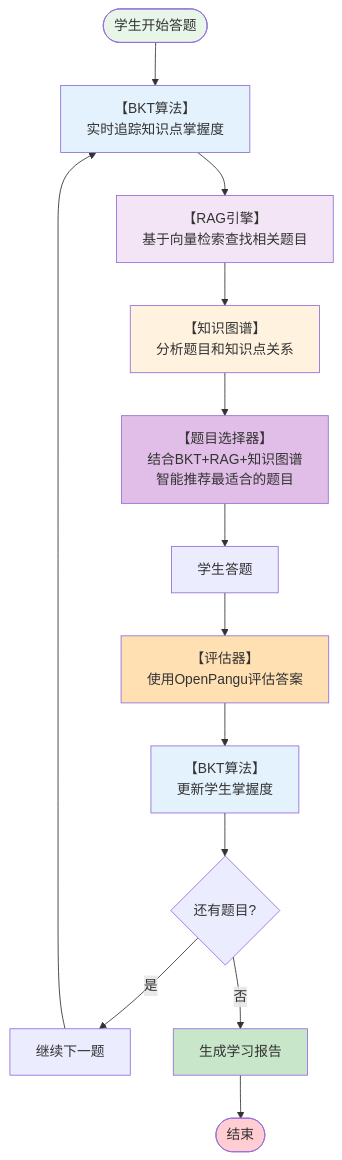
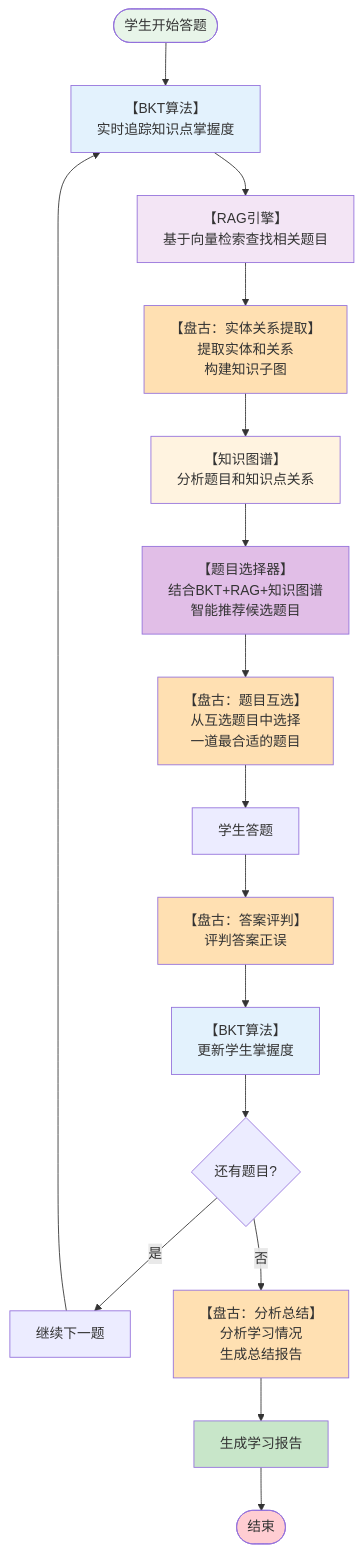
Before and after one commit to sribdcn/PersonalExam: the third of 3 diagrams in README.md, drawn with Mermaid. The commit also changed other lines of this file, not shown here.

````diff
--- a/README.md
+++ b/README.md
@@ -188,25 +215,31 @@
 ```mermaid
 flowchart TD
     Start([学生开始答题]) --> BKT1[【BKT算法】<br/>实时追踪知识点掌握度]
     BKT1 --> RAG[【RAG引擎】<br/>基于向量检索查找相关题目]
-    RAG --> KG[【知识图谱】<br/>分析题目和知识点关系]
-    KG --> Selector[【题目选择器】<br/>结合BKT+RAG+知识图谱<br/>智能推荐最适合的题目]
-    Selector --> Answer[学生答题]
-    Answer --> Evaluator[【评估器】<br/>使用OpenPangu评估答案]
-    Evaluator --> BKT2[【BKT算法】<br/>更新学生掌握度]
+    RAG --> EntityExtract[【盘古：实体关系提取】<br/>提取实体和关系<br/>构建知识子图]
+    EntityExtract --> KG[【知识图谱】<br/>分析题目和知识点关系]
+    KG --> Selector[【题目选择器】<br/>结合BKT+RAG+知识图谱<br/>智能推荐候选题目]
+    Selector --> QuestionSelect[【盘古：题目互选】<br/>从互选题目中选择<br/>一道最合适的题目]
+    QuestionSelect --> Answer[学生答题]
+    Answer --> AnswerJudge[【盘古：答案评判】<br/>评判答案正误]
+    AnswerJudge --> BKT2[【BKT算法】<br/>更新学生掌握度]
     BKT2 --> Decision{还有题目?}
     Decision -->|是| Next[继续下一题]
-    Decision -->|否| Report[生成学习报告]
+    Decision -->|否| Analysis[【盘古：分析总结】<br/>分析学习情况<br/>生成总结报告]
     Next --> BKT1
+    Analysis --> Report[生成学习报告]
     Report --> End([结束])
     
     style Start fill:#E8F5E9
     style BKT1 fill:#E3F2FD
     style RAG fill:#F3E5F5
+    style EntityExtract fill:#FFE0B2
     style KG fill:#FFF3E0
     style Selector fill:#E1BEE7
-    style Evaluator fill:#FFE0B2
+    style QuestionSelect fill:#FFE0B2
+    style AnswerJudge fill:#FFE0B2
     style BKT2 fill:#E3F2FD
+    style Analysis fill:#FFE0B2
     style Report fill:#C8E6C9
     style End fill:#FFCDD2
 ```
````
